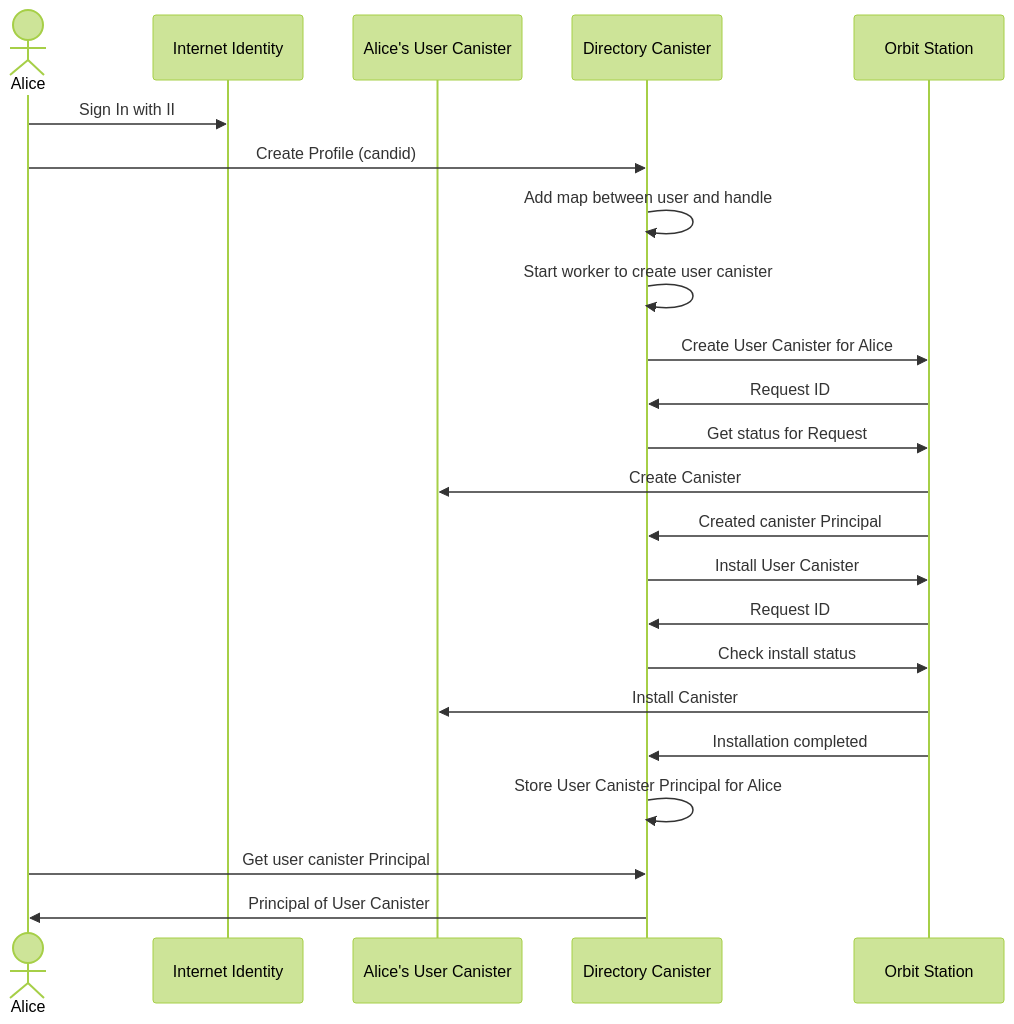
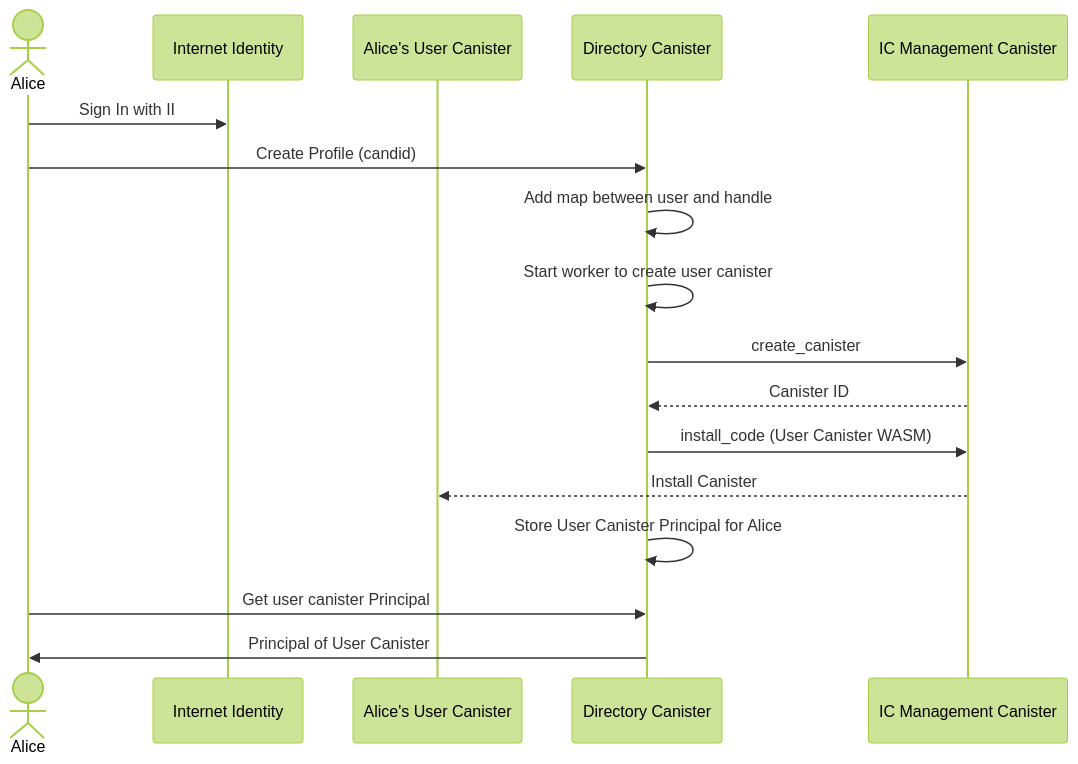
One commit to veeso/mastic changed the second of 15 diagrams in docs/architecture/README.md. Above: the diagram before and after it, drawn with Mermaid (forest theme). The commit also changed other lines of this file and 5 other files, not shown here.

````diff
--- a/docs/architecture/README.md
+++ b/docs/architecture/README.md
@@ -54,26 +56,20 @@
 ```mermaid
 sequenceDiagram
     actor A as Alice
     participant II as Internet Identity
     participant UC as Alice's User Canister
     participant DIR as Directory Canister
-    participant OS as Orbit Station
+    participant IC as IC Management Canister
 
     A->>II: Sign In with II
     A->>DIR: Create Profile (candid)
     DIR->>DIR: Add map between user and handle
     DIR->>DIR: Start worker to create user canister
-    DIR->>OS: Create User Canister for Alice
-    OS->>DIR: Request ID
-    DIR->>OS: Get status for Request
-    OS->>UC: Create Canister
-    OS->>DIR: Created canister Principal
-    DIR->>OS: Install User Canister
-    OS->>DIR: Request ID
-    DIR->>OS: Check install status
-    OS->>UC: Install Canister
-    OS->>DIR: Installation completed
+    DIR->>IC: create_canister
+    IC-->>DIR: Canister ID
+    DIR->>IC: install_code (User Canister WASM)
+    IC-->>UC: Install Canister
     DIR->>DIR: Store User Canister Principal for Alice
     A->>DIR: Get user canister Principal
     DIR->>A: Principal of User Canister
 ```
````
